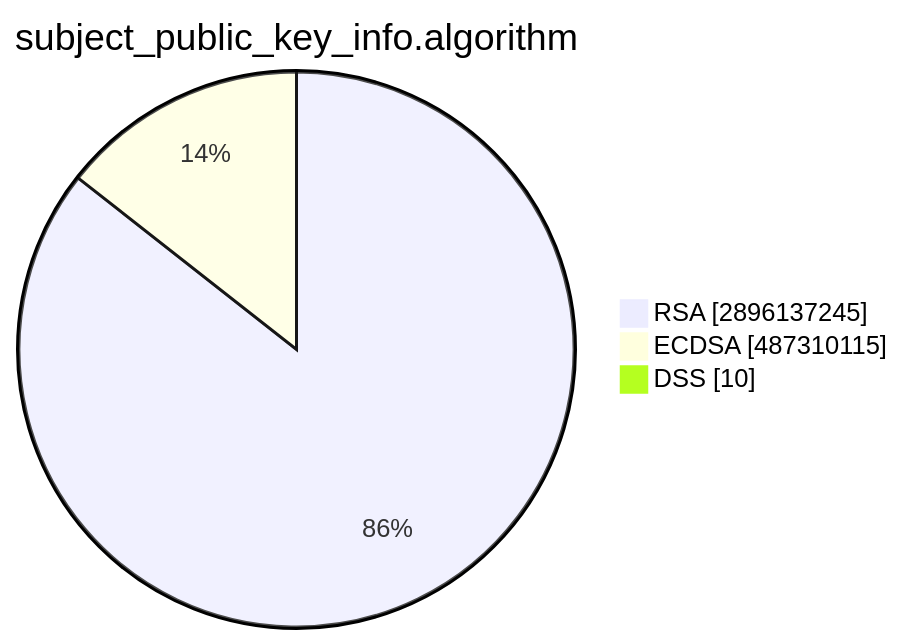
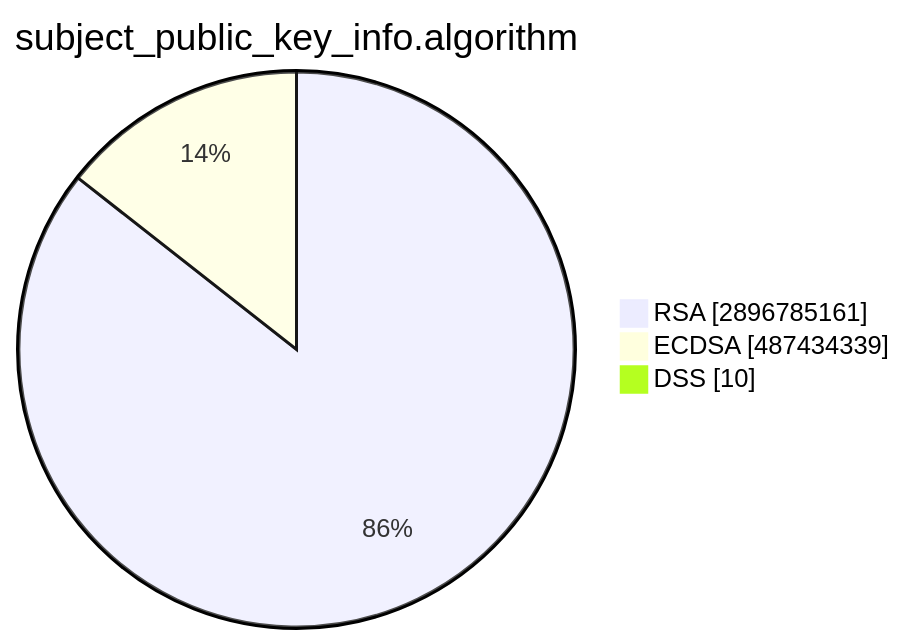
Before and after one commit to christiankrug/ctmonitor_visualization: the second of 15 diagrams in TOTAL/README.md, drawn with Mermaid. The commit also changed other lines of this file, not shown here.

````diff
--- a/TOTAL/README.md
+++ b/TOTAL/README.md
@@ -6,7 +6,7 @@
 ```mermaid
 pie showData
 title subject_public_key_info.algorithm
-"RSA" :2896137245
-"ECDSA" :487310115
+"RSA" :2896785161
+"ECDSA" :487434339
 "DSS" :10
 ```
````
